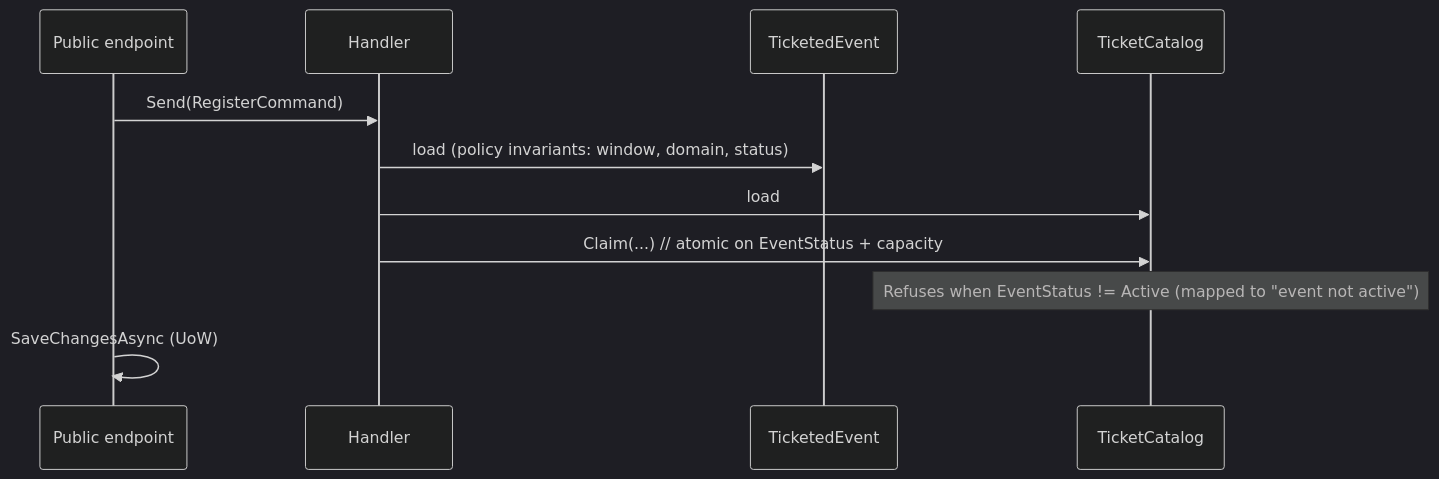
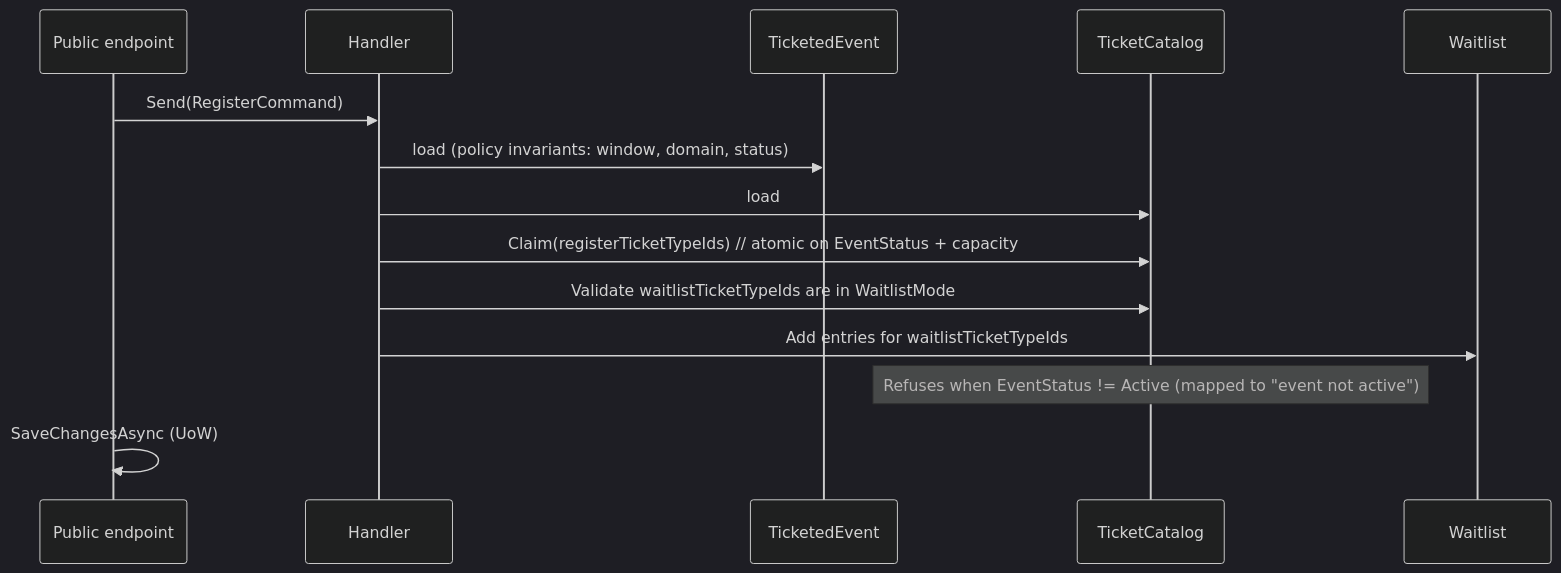
Before and after one commit to amolenk/Admitto: the fifth of 10 diagrams in docs/arc42/06-runtime-view.md, drawn with Mermaid (dark theme). The commit also changed other lines of this file and 54 other files, not shown here.

````diff
--- a/docs/arc42/06-runtime-view.md
+++ b/docs/arc42/06-runtime-view.md
@@ -148,14 +148,16 @@
 ```mermaid
 sequenceDiagram
   participant Endpoint as Public endpoint
   participant Handler
   participant Event as TicketedEvent
   participant Catalog as TicketCatalog
 
   Endpoint->>Handler: Send(RegisterCommand)
   Handler->>Event: load (policy invariants: window, domain, status)
   Handler->>Catalog: load
-  Handler->>Catalog: Claim(...)  // atomic on EventStatus + capacity
+  Handler->>Catalog: Claim(registerTicketTypeIds)  // atomic on EventStatus + capacity
+  Handler->>Catalog: Validate waitlistTicketTypeIds are in WaitlistMode
+  Handler->>Waitlist: Add entries for waitlistTicketTypeIds
   Note over Catalog: Refuses when EventStatus != Active (mapped to "event not active")
   Endpoint->>Endpoint: SaveChangesAsync (UoW)
 ```
````
